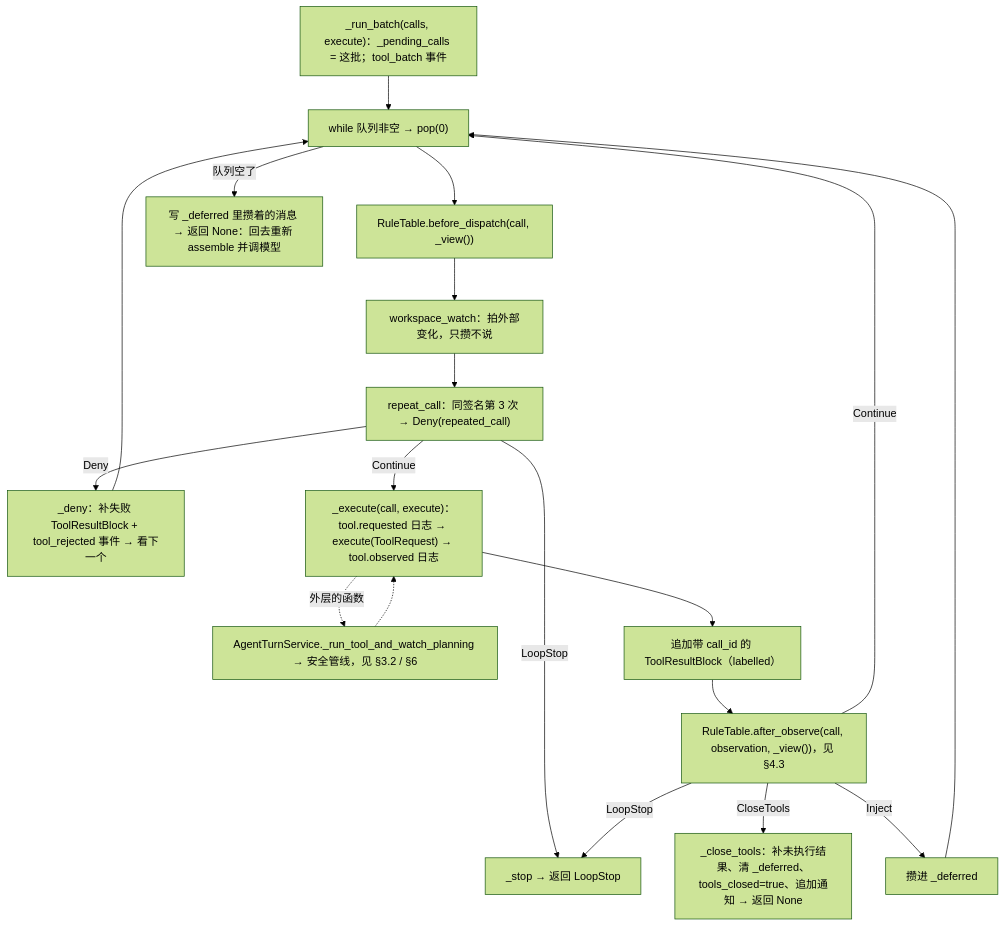
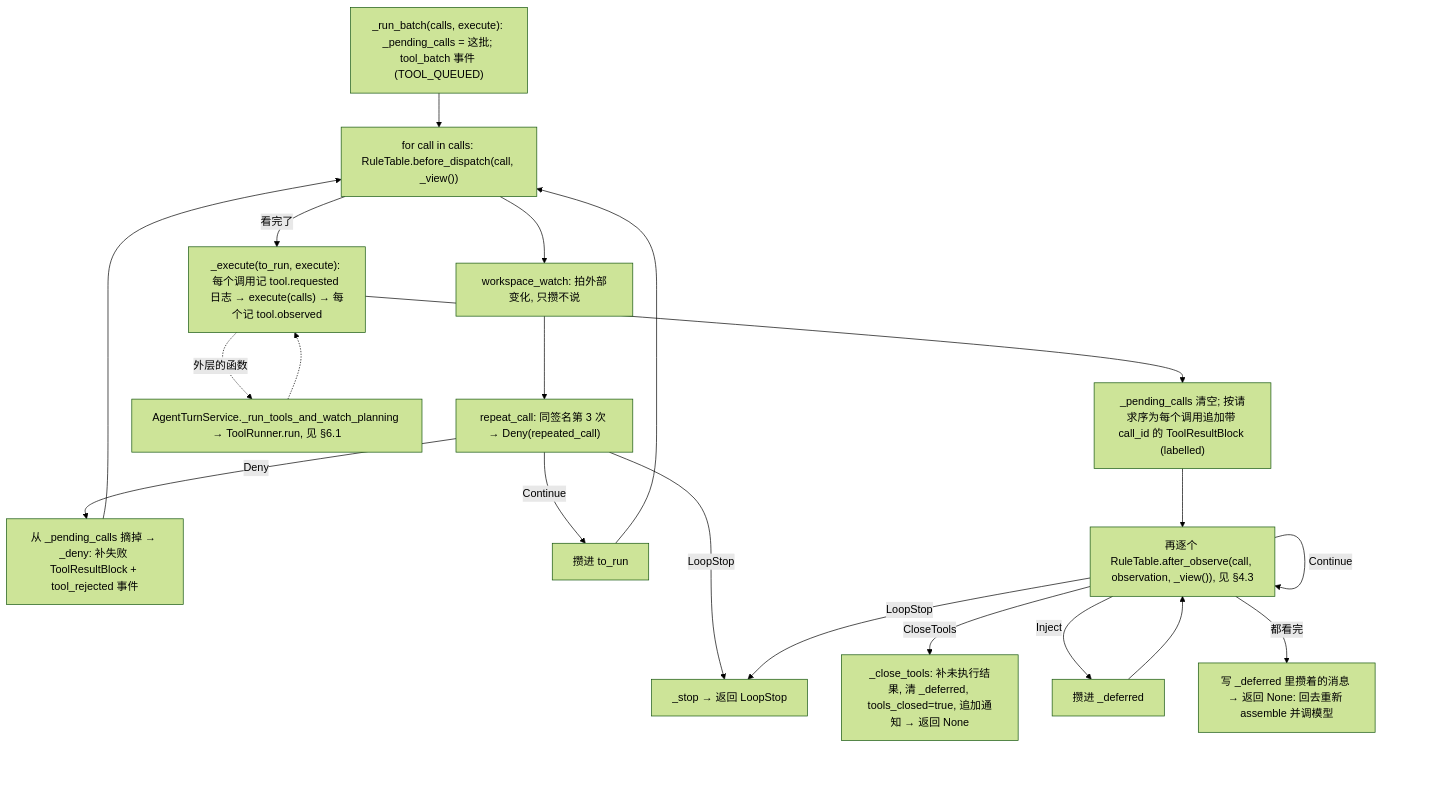
Diagram 11 of 50 in docs/06-代码阅读线路.md (qubaolai/ForgeCLI), drawn with Mermaid (forest theme) before and after one commit. The commit also changed other lines of this file and 292 other files, not shown here.

````diff
--- a/docs/06-代码阅读线路.md
+++ b/docs/06-代码阅读线路.md
@@ -514,21 +540,22 @@
 ```mermaid
 flowchart TD
-    A["_run_batch(calls, execute)：_pending_calls = 这批；tool_batch 事件"] --> B["while 队列非空 → pop(0)"]
-    B --> C["RuleTable.before_dispatch(call, _view())"]
-    C --> C1["workspace_watch：拍外部变化，只攒不说"]
-    C1 --> C2["repeat_call：同签名第 3 次 → Deny(repeated_call)"]
-    C2 -->|Deny| D["_deny：补失败 ToolResultBlock + tool_rejected 事件 → 看下一个"]
+    A["_run_batch(calls, execute): _pending_calls = 这批; tool_batch 事件 (TOOL_QUEUED)"] --> B["for call in calls: RuleTable.before_dispatch(call, _view())"]
+    B --> C1["workspace_watch: 拍外部变化, 只攒不说"]
+    C1 --> C2["repeat_call: 同签名第 3 次 → Deny(repeated_call)"]
+    C2 -->|Deny| D["从 _pending_calls 摘掉 → _deny: 补失败 ToolResultBlock + tool_rejected 事件"]
+    C2 -->|LoopStop| E["_stop → 返回 LoopStop"]
+    C2 -->|Continue| F["攒进 to_run"]
     D --> B
-    C2 -->|LoopStop| E["_stop → 返回 LoopStop"]
-    C2 -->|Continue| F["_execute(call, execute)：tool.requested 日志 → execute(ToolRequest) → tool.observed 日志"]
-    F -.->|外层的函数| G["AgentTurnService._run_tool_and_watch_planning → 安全管线，见 §3.2 / §6"]
-    G -.-> F
-    F --> H["追加带 call_id 的 ToolResultBlock（labelled）"]
-    H --> I["RuleTable.after_observe(call, observation, _view())，见 §4.3"]
-    I -->|LoopStop| E
-    I -->|CloseTools| J["_close_tools：补未执行结果、清 _deferred、tools_closed=true、追加通知 → 返回 None"]
-    I -->|Inject| K["攒进 _deferred"]
-    I -->|Continue| B
-    K --> B
-    B -->|队列空了| L["写 _deferred 里攒着的消息 → 返回 None：回去重新 assemble 并调模型"]
+    F --> B
+    B -->|看完了| G["_execute(to_run, execute): 每个调用记 tool.requested 日志 → execute(calls) → 每个记 tool.observed"]
+    G -.->|外层的函数| H["AgentTurnService._run_tools_and_watch_planning → ToolRunner.run, 见 §6.1"]
+    H -.-> G
+    G --> I["_pending_calls 清空; 按请求序为每个调用追加带 call_id 的 ToolResultBlock (labelled)"]
+    I --> J["再逐个 RuleTable.after_observe(call, observation, _view()), 见 §4.3"]
+    J -->|LoopStop| E
+    J -->|CloseTools| K["_close_tools: 补未执行结果, 清 _deferred, tools_closed=true, 追加通知 → 返回 None"]
+    J -->|Inject| L["攒进 _deferred"]
+    J -->|Continue| J
+    L --> J
+    J -->|都看完| M["写 _deferred 里攒着的消息 → 返回 None: 回去重新 assemble 并调模型"]
 ```
````
